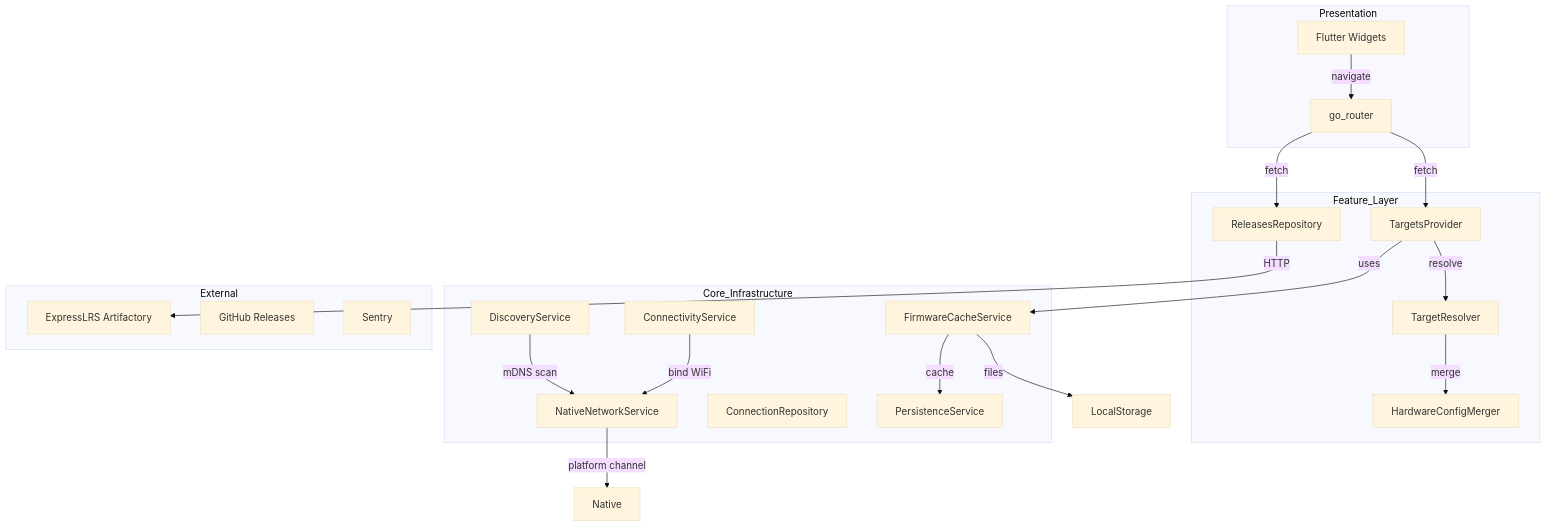
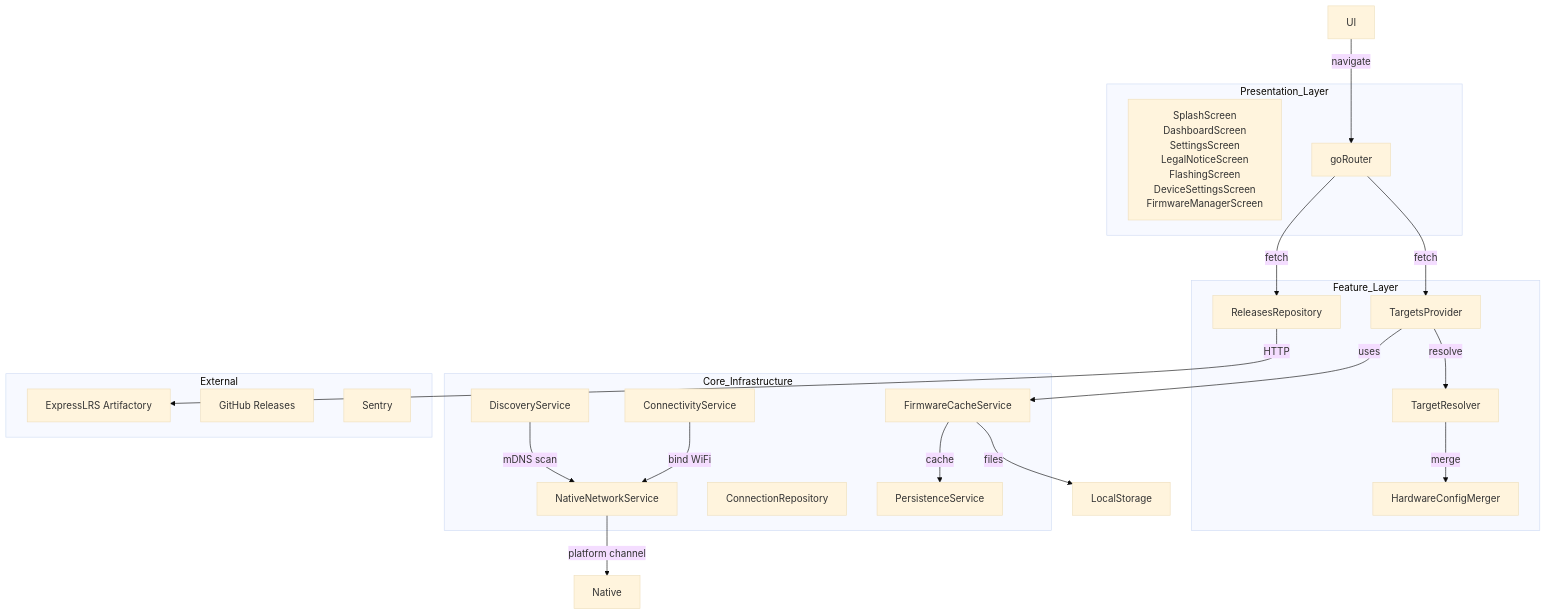
One commit to wbhinton/ELRS-Mobile changed the first of 3 diagrams in .rp1/context/architecture.md. Above: the diagram before and after it, drawn with Mermaid (base theme). The commit also changed 10 other files, not shown here.

````diff
--- a/.rp1/context/architecture.md
+++ b/.rp1/context/architecture.md
@@ -9,44 +9,44 @@
 ```mermaid
 graph TB
-    subgraph Presentation
-        UI[Flutter Widgets]
-        Router[go_router]
+    subgraph Presentation_Layer
+        Screens[SplashScreen<br/>DashboardScreen<br/>SettingsScreen<br/>LegalNoticeScreen<br/>FlashingScreen<br/>DeviceSettingsScreen<br/>FirmwareManagerScreen]
+        Router[goRouter]
     end
     
     subgraph Feature_Layer
         TP[TargetsProvider]
         RR[ReleasesRepository]
         TR[TargetResolver]
         HCM[HardwareConfigMerger]
     end
     
     subgraph Core_Infrastructure
         DS[DiscoveryService]
         CS[ConnectivityService]
         NNS[NativeNetworkService]
         CR[ConnectionRepository]
         PS[PersistenceService]
         FCS[FirmwareCacheService]
     end
     
     subgraph External
         ELRS[ExpressLRS Artifactory]
         GitHub[GitHub Releases]
         Sentry[Sentry]
     end
     
     UI -->|navigate| Router
     Router -->|fetch| TP
     Router -->|fetch| RR
     TP -->|uses| FCS
     TP -->|resolve| TR
     TR -->|merge| HCM
     
     DS -->|mDNS scan| NNS
     CS -->|bind WiFi| NNS
     NNS -->|platform channel| Native
     
     RR -->|HTTP| ELRS
     FCS -->|cache| PS
     FCS -->|files| LocalStorage
 ```
````
